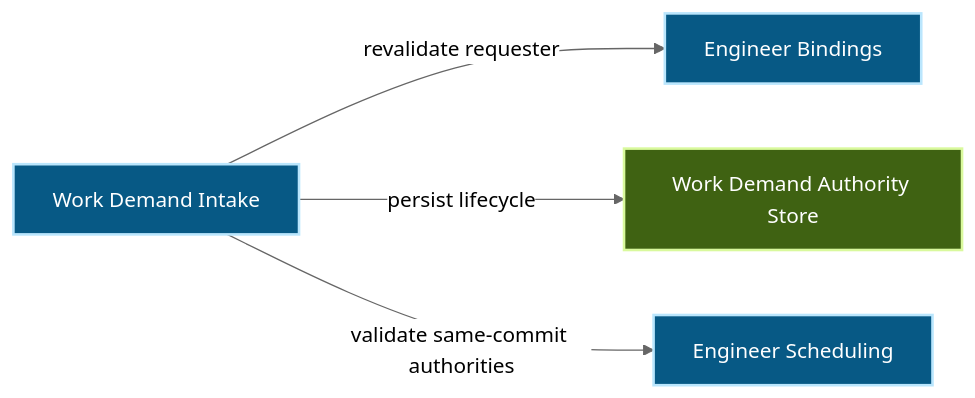
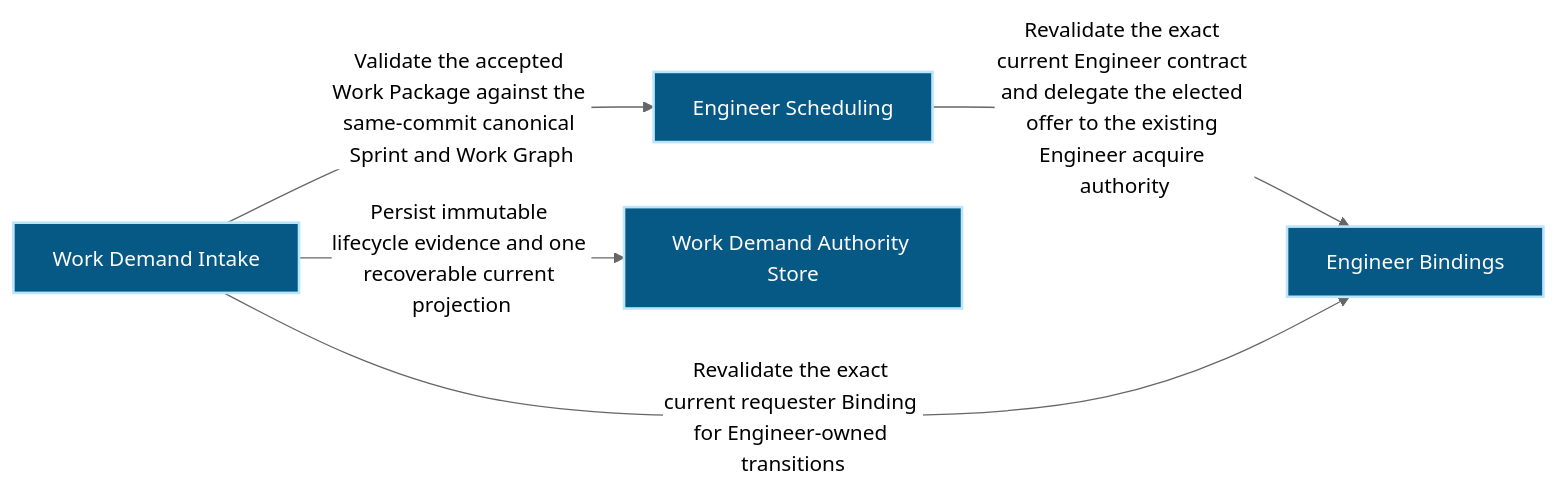
One commit to Ancienttwo/repo-harness changed the first of 2 diagrams in docs/architecture/modules/runtime-harness/work-demand.md. Above: the diagram before and after it, drawn with Mermaid (neutral theme). The commit also changed other lines of this file and 12 other files, not shown here.

Commit message:
docs(architecture): adopt current projection

````diff
--- a/docs/architecture/modules/runtime-harness/work-demand.md
+++ b/docs/architecture/modules/runtime-harness/work-demand.md
@@ -13,13 +15,15 @@
 ```mermaid
 flowchart LR
-  demand["Work Demand Intake"]:::component
-  bindings["Engineer Bindings"]:::component
-  scheduling["Engineer Scheduling"]:::component
-  store["Work Demand Authority Store"]:::datastore
-  demand -->|"revalidate requester"| bindings
-  demand -->|"persist lifecycle"| store
-  demand -->|"validate same-commit authorities"| scheduling
+  p1_capability_runtime_harness_engineer_bindings_34c00f72["Engineer Bindings"]:::component
+  p1_capability_runtime_harness_engineer_scheduling_022bd8e0["Engineer Scheduling"]:::component
+  p1_capability_runtime_harness_work_demand_0d9576b2["Work Demand Intake"]:::component
+  p1_component_work_demand_primary_7a7ddd3b["Work Demand Authority Store"]:::component
+  p1_capability_runtime_harness_engineer_scheduling_022bd8e0 -->|"Revalidate the exact current Engineer contract and delegate the elected offer to the existing Engineer acquire authority"| p1_capability_runtime_harness_engineer_bindings_34c00f72
+  p1_capability_runtime_harness_work_demand_0d9576b2 -->|"Revalidate the exact current requester Binding for Engineer-owned transitions"| p1_capability_runtime_harness_engineer_bindings_34c00f72
+  p1_capability_runtime_harness_work_demand_0d9576b2 -->|"Validate the accepted Work Package against the same-commit canonical Sprint and Work Graph"| p1_capability_runtime_harness_engineer_scheduling_022bd8e0
+  p1_capability_runtime_harness_work_demand_0d9576b2 -->|"Persist immutable lifecycle evidence and one recoverable current projection"| p1_component_work_demand_primary_7a7ddd3b
   classDef actor fill:#111827,color:#ffffff,stroke:#f9fafb,stroke-width:2px
   classDef component fill:#075985,color:#ffffff,stroke:#bae6fd,stroke-width:2px
   classDef datastore fill:#3f6212,color:#ffffff,stroke:#d9f99d,stroke-width:2px
+  classDef external fill:#7c2d12,color:#ffffff,stroke:#fed7aa,stroke-width:2px
 ```
````
